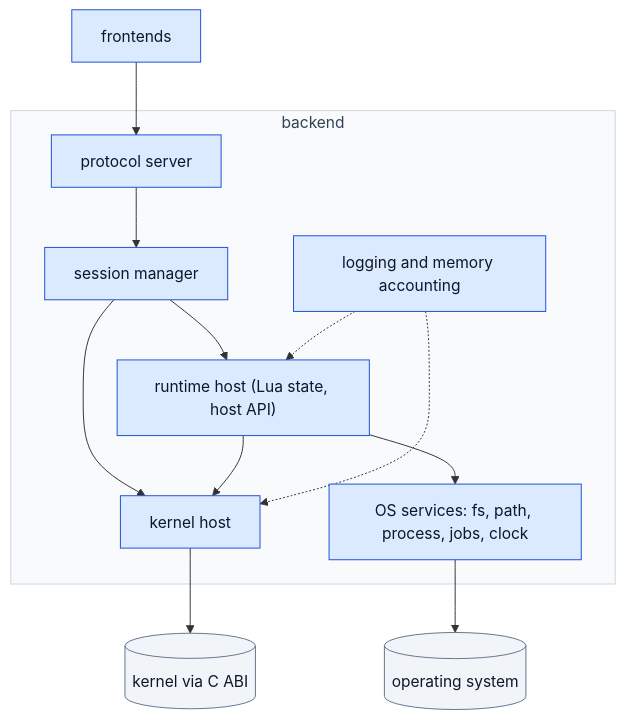
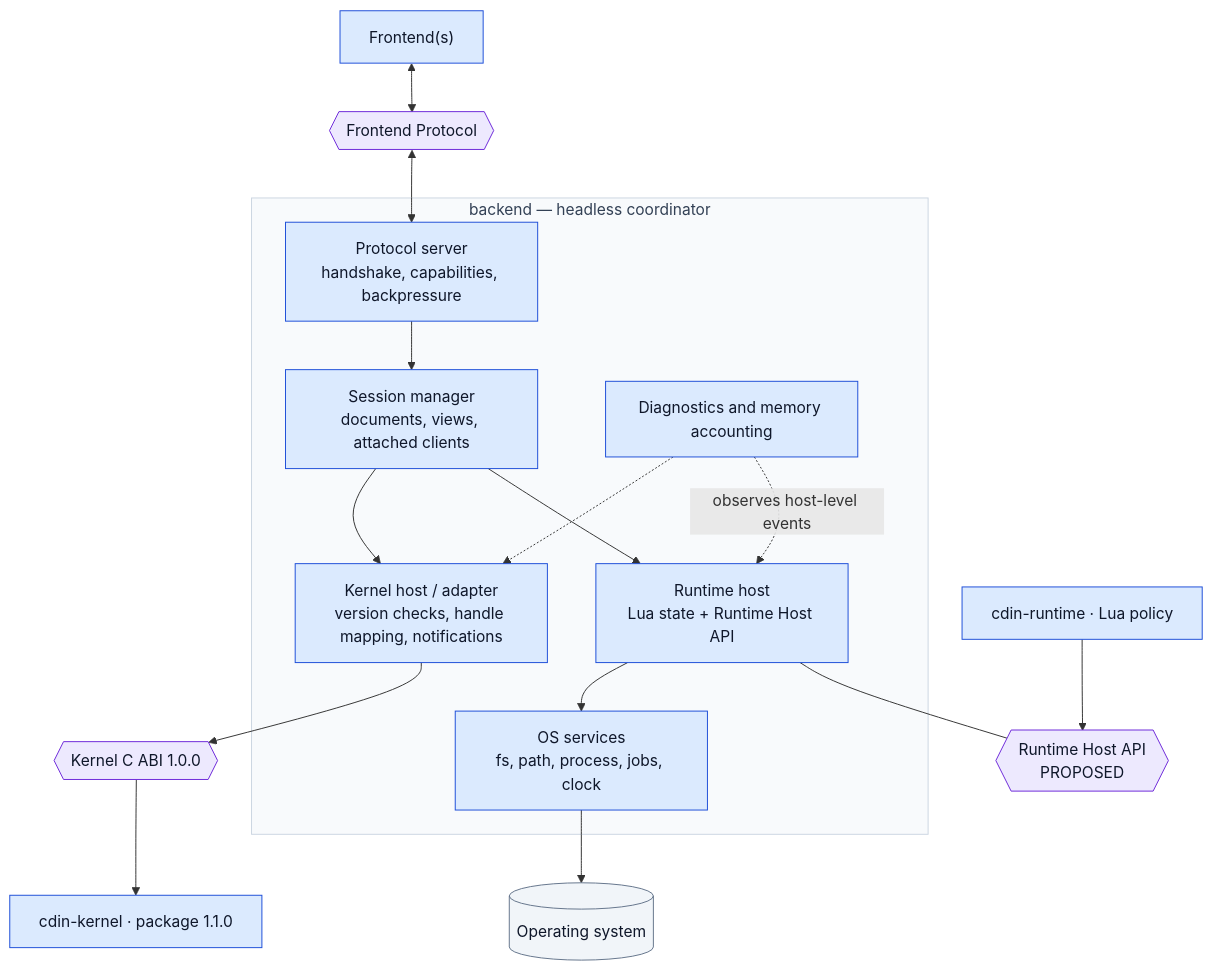
Before and after one commit to cdin-editor/spec: the first of 2 diagrams in docs/components/backend.md, drawn with Mermaid. The commit also changed other lines of this file and 19 other files, not shown here.

````diff
--- a/docs/components/backend.md
+++ b/docs/components/backend.md
@@ -18,27 +20,39 @@
 ```mermaid
 flowchart TB
-    subgraph BE["backend"]
-        SES["session manager"]
-        PS["protocol server"]
-        KH["kernel host"]
-        RH["runtime host (Lua state, host API)"]
-        OSS["OS services: fs, path, process, jobs, clock"]
-        LOG["logging and memory accounting"]
+    FE["Frontend(s)"]
+    FP{{"Frontend Protocol"}}
+    subgraph BE["backend — headless coordinator"]
+        PS["Protocol server<br/>handshake, capabilities, backpressure"]
+        SES["Session manager<br/>documents, views, attached clients"]
+        RH["Runtime host<br/>Lua state + Runtime Host API"]
+        KH["Kernel host / adapter<br/>version checks, handle mapping, notifications"]
+        OSS["OS services<br/>fs, path, process, jobs, clock"]
+        DIAG["Diagnostics and memory accounting"]
     end
-    FE["frontends"] --> PS
+    RT["cdin-runtime · Lua policy"]
+    RHA{{"Runtime Host API<br/>PROPOSED"}}
+    ABI{{"Kernel C ABI 1.0.0"}}
+    K["cdin-kernel · package 1.1.0"]
+    OS[("Operating system")]
+
+    FE <--> FP <--> PS
     PS --> SES
+    SES --> RH
+    RH --- RHA
+    RT --> RHA
     SES --> KH
-    SES --> RH
-    RH --> KH
+    KH --> ABI --> K
+    OSS --> OS
     RH --> OSS
-    KH --> K[("kernel via C ABI")]
-    OSS --> OS[("operating system")]
-    LOG -.-> KH
-    LOG -.-> RH
+    DIAG -. "observes host-level events" .-> RH
+    DIAG -.-> KH
+
     classDef comp fill:#dbeafe,stroke:#1d4ed8,color:#0f172a
-    classDef ext fill:#f1f5f9,stroke:#64748b,color:#0f172a
+    classDef contract fill:#ede9fe,stroke:#6d28d9,color:#0f172a
+    classDef external fill:#f1f5f9,stroke:#64748b,color:#0f172a
     classDef group fill:#f8fafc,stroke:#cbd5e1,color:#334155
-    class FE,KH,LOG,OSS,PS,RH,SES comp
-    class K,OS ext
+    class FE,PS,SES,RH,KH,OSS,DIAG,RT,K comp
+    class FP,RHA,ABI contract
+    class OS external
     class BE group
 ```
````
